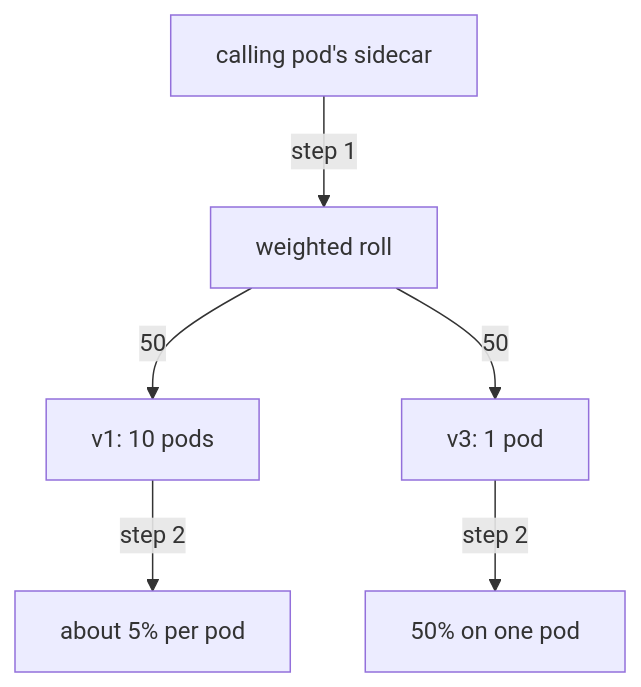
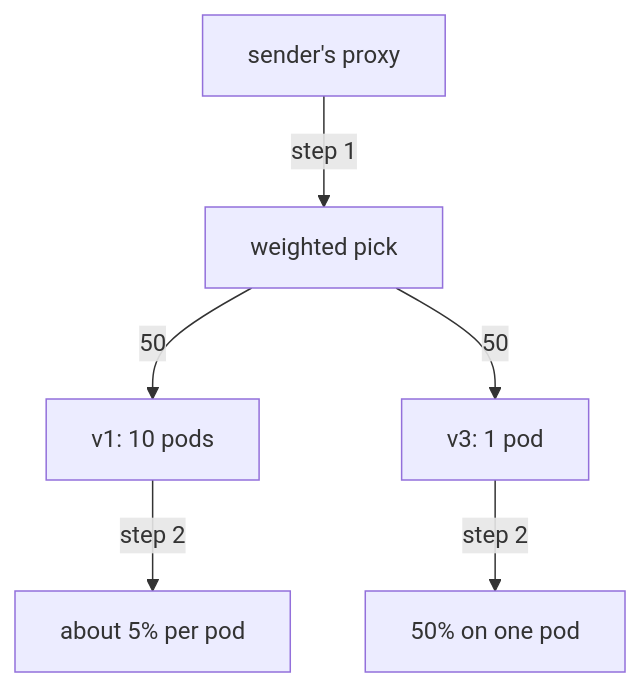
The diagram in sections/section-020/module-01/course-03-weight-versus-replicas-and-proof.md (astrona-io/ATS014), drawn with Mermaid before and after one commit. The commit also changed other lines of this file and 813 other files, not shown here.

````diff
--- a/sections/section-020/module-01/course-03-weight-versus-replicas-and-proof.md
+++ b/sections/section-020/module-01/course-03-weight-versus-replicas-and-proof.md
@@ -15,8 +17,8 @@
 ```mermaid
 flowchart TB
-    P["calling pod's sidecar"] -->|"step 1"| W["weighted roll"]
+    P["sender's proxy"] -->|"step 1"| W["weighted pick"]
     W -->|"50"| C1["v1: 10 pods"]
     W -->|"50"| C3["v3: 1 pod"]
     C1 -->|"step 2"| L1["about 5% per pod"]
     C3 -->|"step 2"| L3["50% on one pod"]
 ```
````
